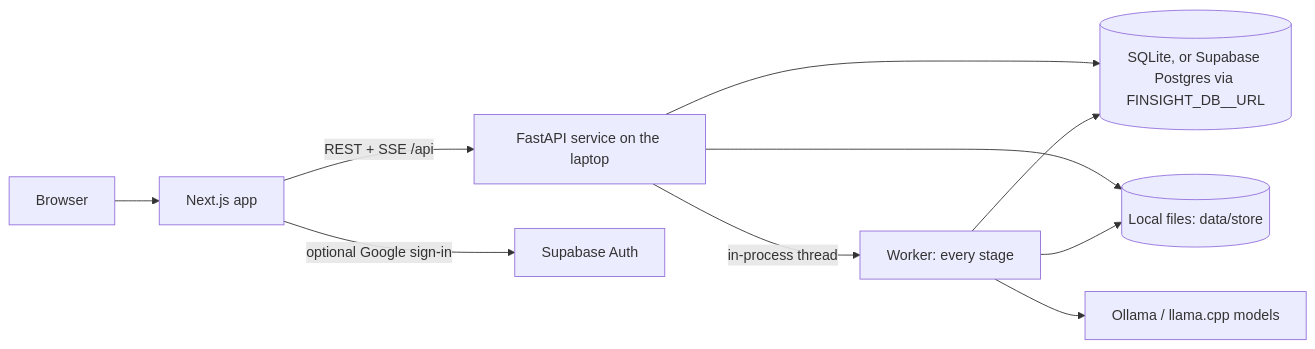
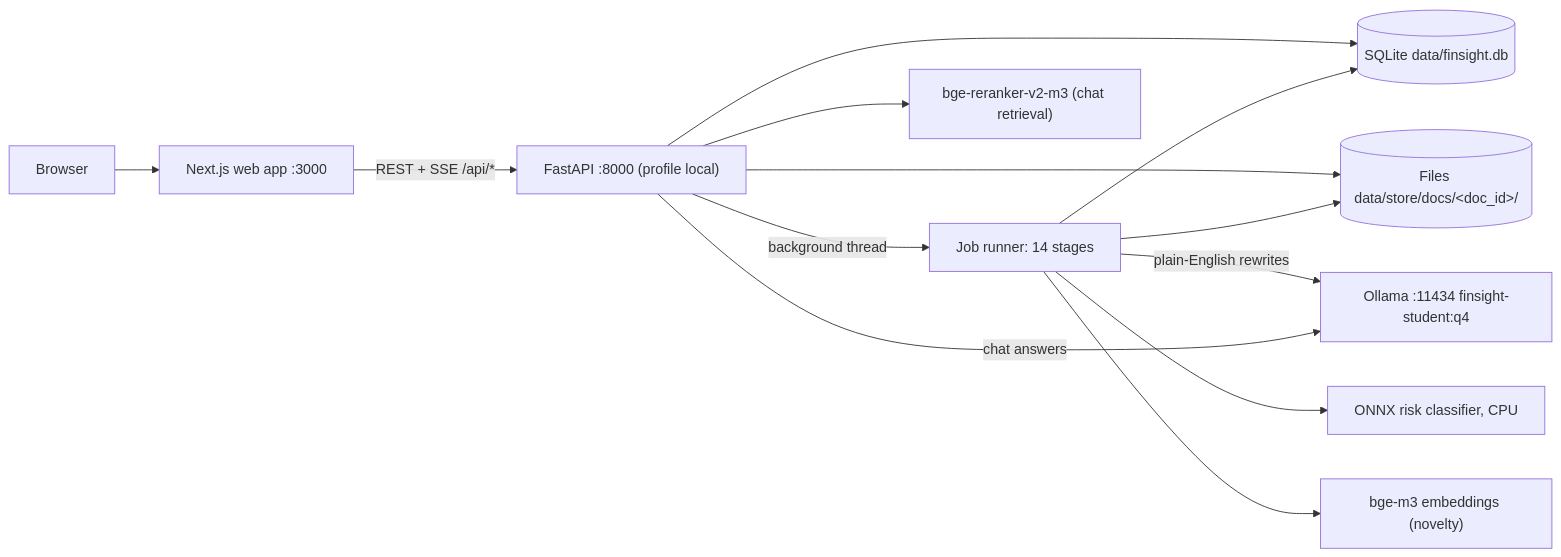
The second of 6 diagrams in docs/architecture/index.md (AkshatTm/FinSight-IPO-X-Ray-for-Indian-retail-investors), drawn with Mermaid before and after one commit. The commit also changed other lines of this file and 16 other files, not shown here.

First line of the commit message:
docs(v1.1): new site nav; getting started, user guide, architecture and data pages

````diff
--- a/docs/architecture/index.md
+++ b/docs/architecture/index.md
@@ -21,12 +23,15 @@
 ```mermaid
 flowchart LR
-  B[Browser] --> FE[Next.js app]
-  FE -->|REST + SSE /api| API[FastAPI service on the laptop]
-  FE -->|optional Google sign-in| AUTH[Supabase Auth]
-  API --> DB[(SQLite, or Supabase Postgres via FINSIGHT_DB__URL)]
-  API --> FS[(Local files: data/store)]
-  API -->|in-process thread| W[Worker: every stage]
+  B[Browser] --> FE["Next.js web app :3000"]
+  FE -->|"REST + SSE /api/*"| API["FastAPI :8000 (profile local)"]
+  API --> DB[("SQLite data/finsight.db")]
+  API --> FS[("Files data/store/docs/&lt;doc_id&gt;/")]
+  API -->|background thread| W[Job runner: 14 stages]
   W --> FS
   W --> DB
-  W --> M[Ollama / llama.cpp models]
+  W -->|plain-English rewrites| OL["Ollama :11434 finsight-student:q4"]
+  API -->|chat answers| OL
+  W --> ONNX[ONNX risk classifier, CPU]
+  W --> EMB["bge-m3 embeddings (novelty)"]
+  API --> RR["bge-reranker-v2-m3 (chat retrieval)"]
 ```
````
